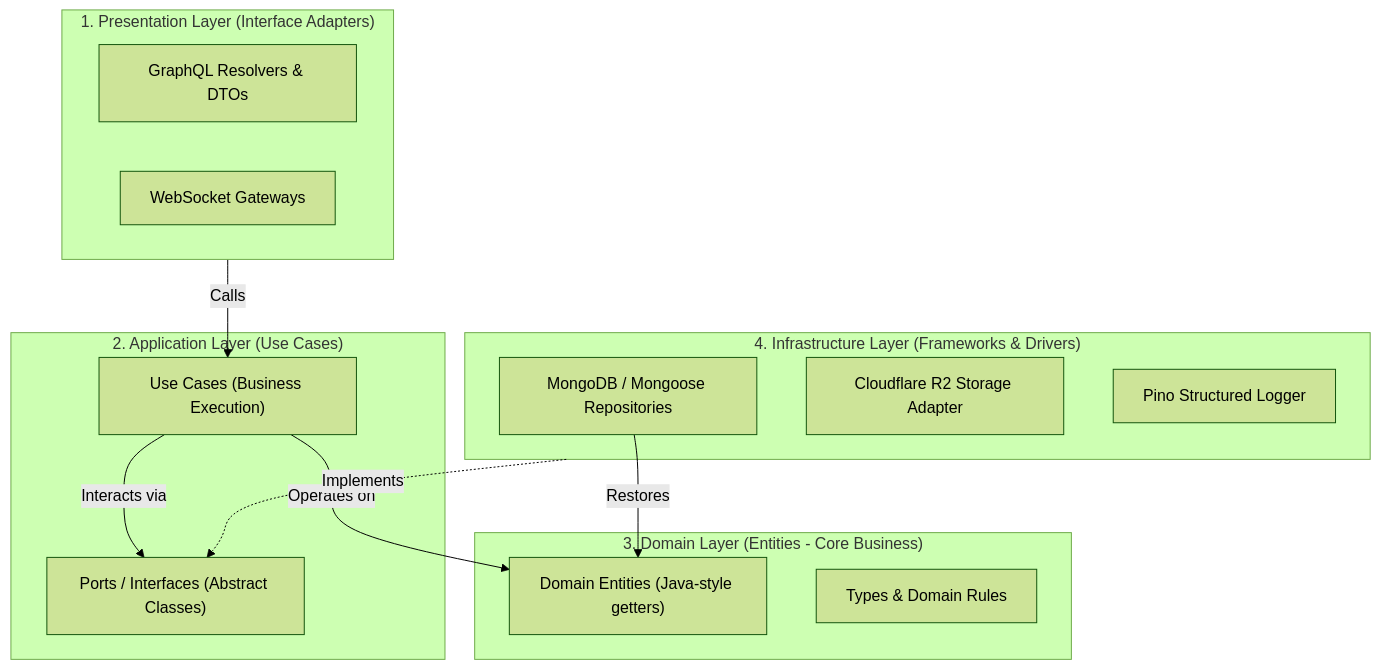
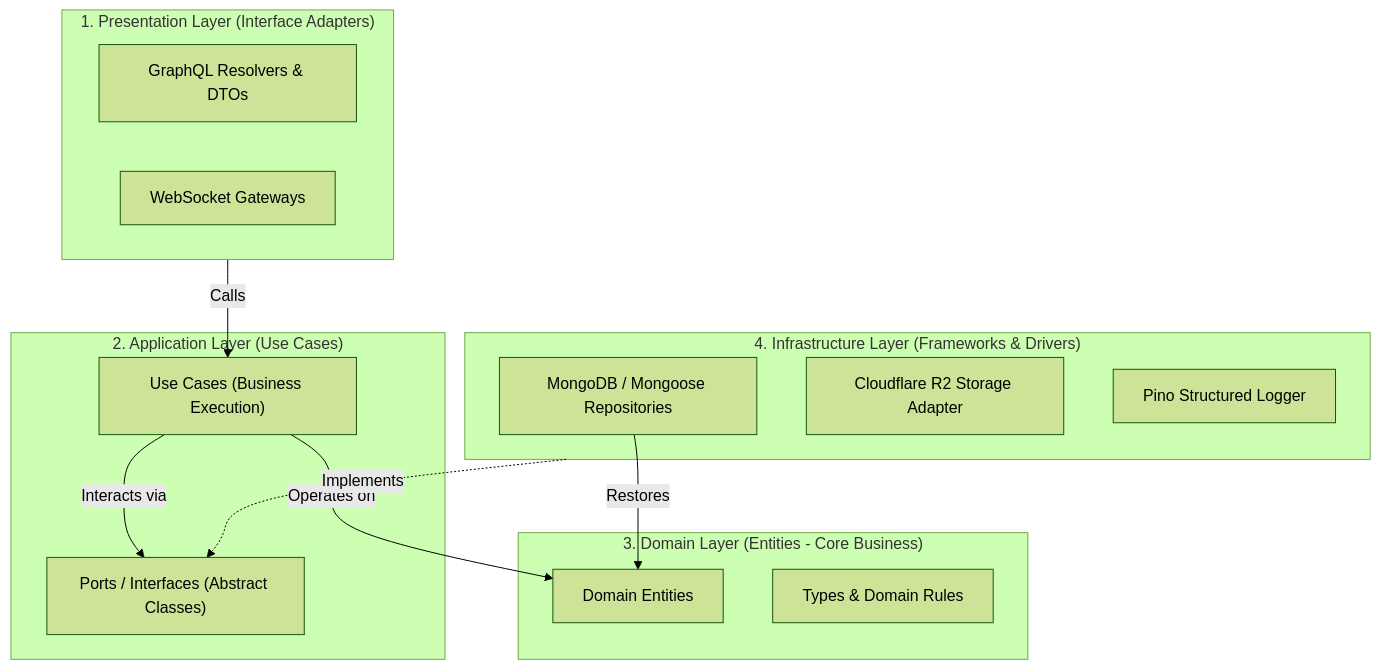
One commit to pvduy23052005/nano-box changed the first of 2 diagrams in README.md. Above: the diagram before and after it, drawn with Mermaid (forest theme). The commit also changed 12 other files, not shown here.

````diff
--- a/README.md
+++ b/README.md
@@ -49,29 +49,29 @@
 ```mermaid
 flowchart TD
     subgraph Presentation["1. Presentation Layer (Interface Adapters)"]
         GraphQL["GraphQL Resolvers & DTOs"]
         WS["WebSocket Gateways"]
     end
 
     subgraph Applications["2. Application Layer (Use Cases)"]
         UseCases["Use Cases (Business Execution)"]
         Ports["Ports / Interfaces (Abstract Classes)"]
     end
 
     subgraph Domain["3. Domain Layer (Entities - Core Business)"]
-        Entities["Domain Entities (Java-style getters)"]
+        Entities["Domain Entities"]
         Enums["Types & Domain Rules"]
     end
 
     subgraph Infrastructure["4. Infrastructure Layer (Frameworks & Drivers)"]
         Mongo["MongoDB / Mongoose Repositories"]
         R2["Cloudflare R2 Storage Adapter"]
         PinoLog["Pino Structured Logger"]
     end
 
     Presentation -->|Calls| UseCases
     UseCases -->|Operates on| Entities
     UseCases -->|Interacts via| Ports
     Infrastructure -.->|Implements| Ports
     Mongo -->|Restores| Entities
 ```
````
